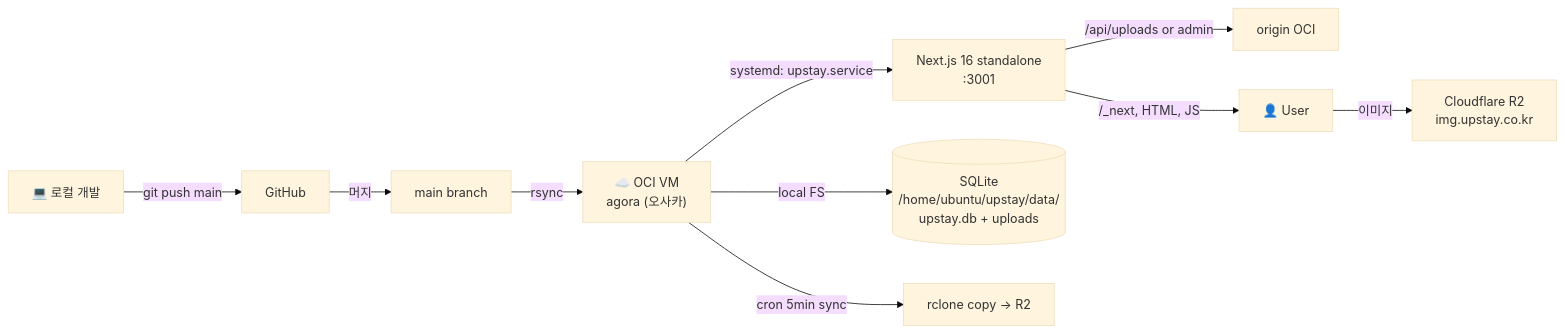
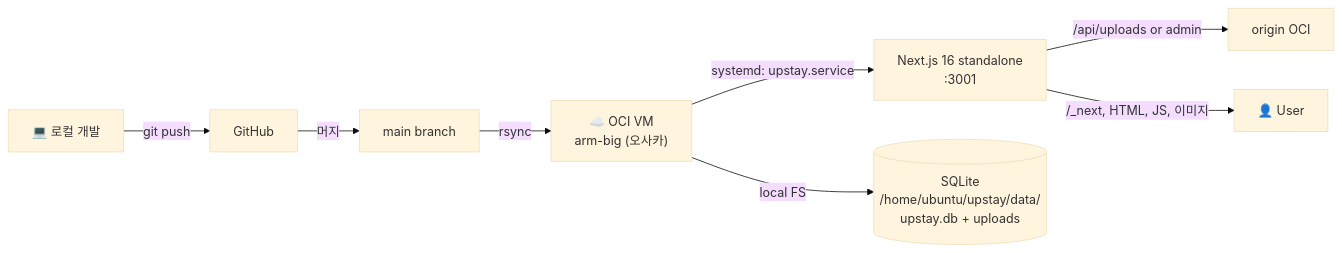
Before and after one commit to doublesilver/upstay-website: the eighth of 11 diagrams in README.md, drawn with Mermaid (base theme). The commit also changed other lines of this file and 1 other file, not shown here.

First line of the commit message:
docs: README·e2e 스크립트를 arm-big origin 직접 서빙 현실로 정정 (검수 H-3/H-4)

````diff
--- a/README.md
+++ b/README.md
@@ -503,12 +500,10 @@
 ```mermaid
 flowchart LR
-    Dev["💻 로컬 개발"] -->|git push main| GH["GitHub"]
+    Dev["💻 로컬 개발"] -->|git push| GH["GitHub"]
     GH -->|머지| Main["main branch"]
-    Main -->|rsync| OCI["☁️ OCI VM<br/>agora (오사카)"]
+    Main -->|rsync| OCI["☁️ OCI VM<br/>arm-big (오사카)"]
     OCI -->|systemd: upstay.service| App["Next.js 16 standalone<br/>:3001"]
     App -->|/api/uploads or admin| Origin["origin OCI"]
-    App -->|/_next, HTML, JS| User["👤 User"]
-    User -->|이미지| R2["Cloudflare R2<br/>img.upstay.co.kr"]
+    App -->|/_next, HTML, JS, 이미지| User["👤 User"]
     OCI -->|local FS| SQLite[("SQLite<br/>/home/ubuntu/upstay/data/<br/>upstay.db + uploads")]
-    OCI -->|cron 5min sync| R2sync["rclone copy → R2"]
 ```
````
